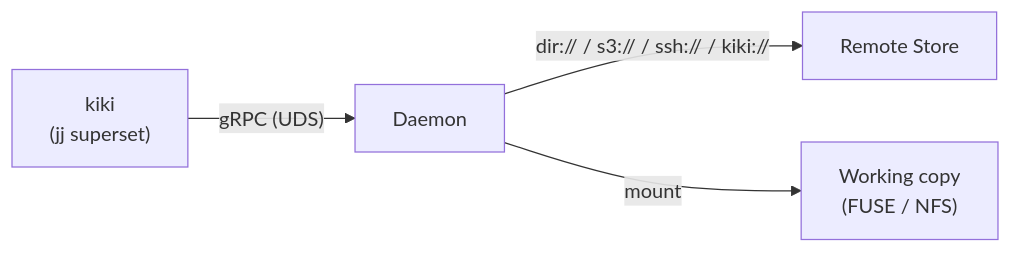
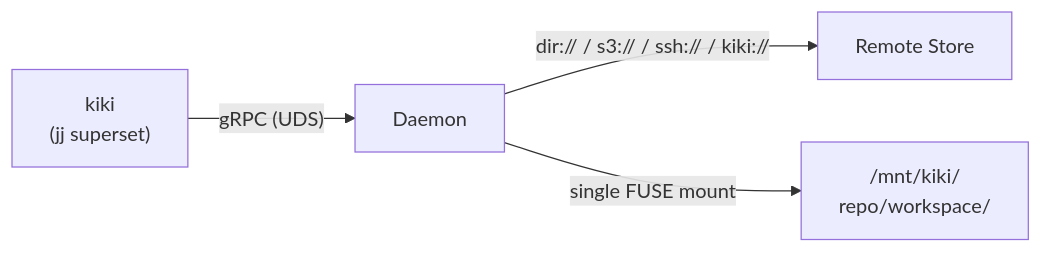
One commit to ahimsalabs/kiki changed the diagram in docs/USER_GUIDE.md. Above: the diagram before and after it, drawn with Mermaid. The commit also changed other lines of this file and 1 other file, not shown here.

````diff
--- a/docs/USER_GUIDE.md
+++ b/docs/USER_GUIDE.md
@@ -13,6 +13,6 @@
 ```mermaid
 graph LR
     CLI["kiki<br/>(jj superset)"] -- "gRPC (UDS)" --> Daemon
     Daemon -- "dir:// / s3:// / ssh:// / kiki://" --> Remote["Remote Store"]
-    Daemon -- mount --> VFS["Working copy<br/>(FUSE / NFS)"]
+    Daemon -- "single FUSE mount" --> VFS["/mnt/kiki/<br/>repo/workspace/"]
 ```
````
